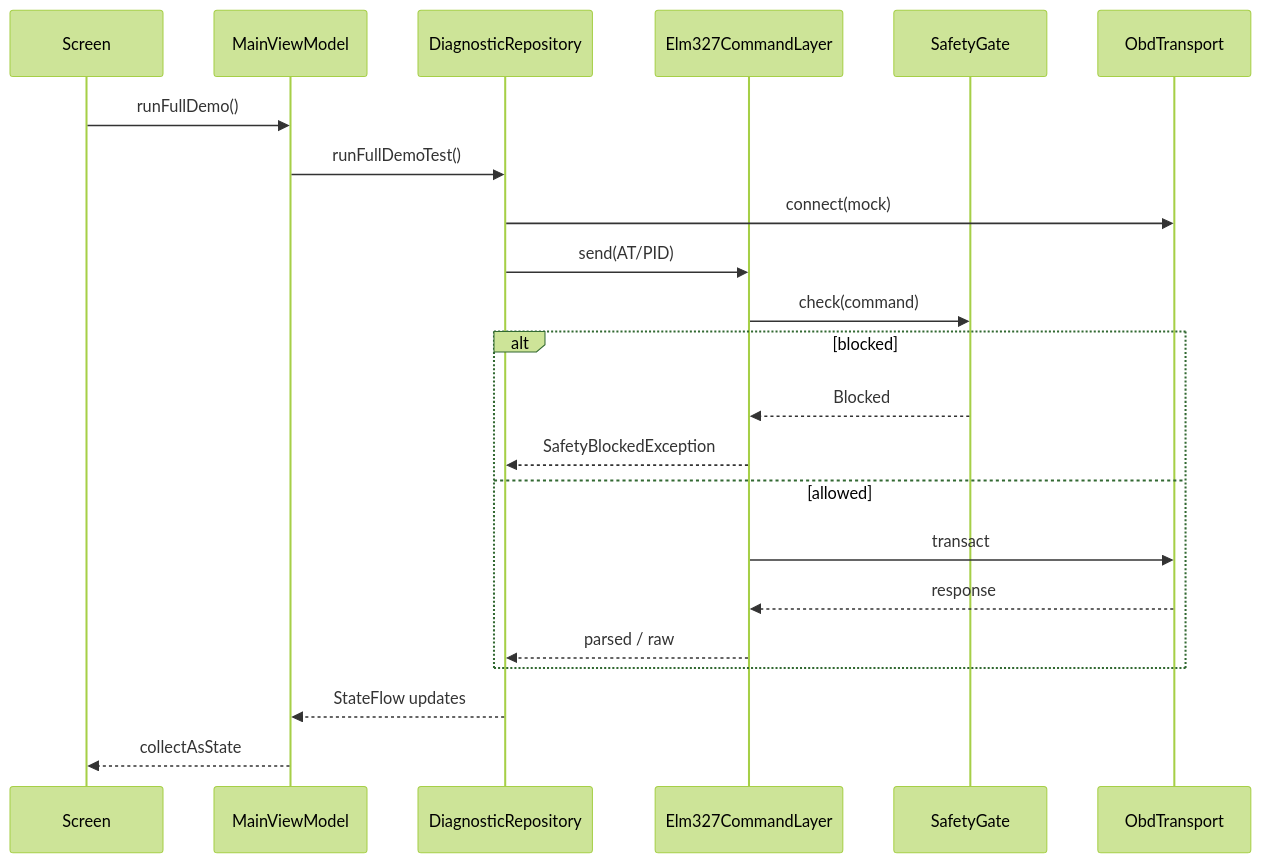
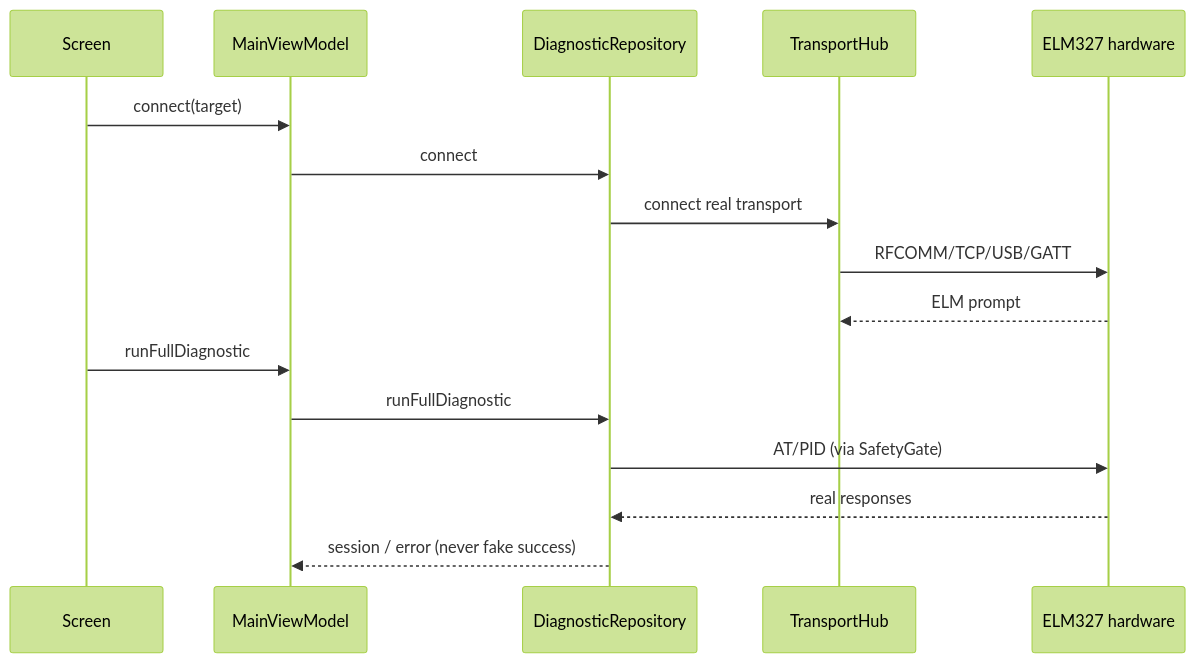
One commit to zsirafmix/elm327 changed the second of 2 diagrams in docs/ARCHITECTURE.md. Above: the diagram before and after it, drawn with Mermaid (forest theme). The commit also changed other lines of this file and 6 other files, not shown here.

First line of the commit message:
docs: document real adapter connect flow; drop mock-as-default

````diff
--- a/docs/ARCHITECTURE.md
+++ b/docs/ARCHITECTURE.md
@@ -36,25 +24,19 @@
 ```mermaid
 sequenceDiagram
   participant Screen
   participant VM as MainViewModel
   participant Repo as DiagnosticRepository
-  participant ELM as Elm327CommandLayer
-  participant Gate as SafetyGate
-  participant T as ObdTransport
+  participant Hub as TransportHub
+  participant Adapter as ELM327 hardware
 
-  Screen->>VM: runFullDemo()
-  VM->>Repo: runFullDemoTest()
-  Repo->>T: connect(mock)
-  Repo->>ELM: send(AT/PID)
-  ELM->>Gate: check(command)
-  alt blocked
-    Gate-->>ELM: Blocked
-    ELM-->>Repo: SafetyBlockedException
-  else allowed
-    ELM->>T: transact
-    T-->>ELM: response
-    ELM-->>Repo: parsed / raw
-  end
-  Repo-->>VM: StateFlow updates
-  VM-->>Screen: collectAsState
+  Screen->>VM: connect(target)
+  VM->>Repo: connect
+  Repo->>Hub: connect real transport
+  Hub->>Adapter: RFCOMM/TCP/USB/GATT
+  Adapter-->>Hub: ELM prompt
+  Screen->>VM: runFullDiagnostic
+  VM->>Repo: runFullDiagnostic
+  Repo->>Adapter: AT/PID (via SafetyGate)
+  Adapter-->>Repo: real responses
+  Repo-->>VM: session / error (never fake success)
 ```
````
